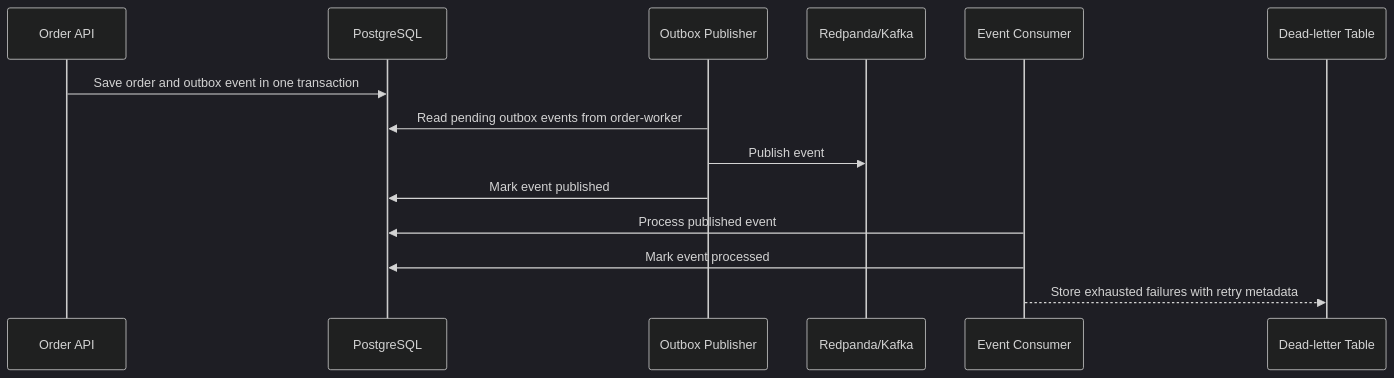
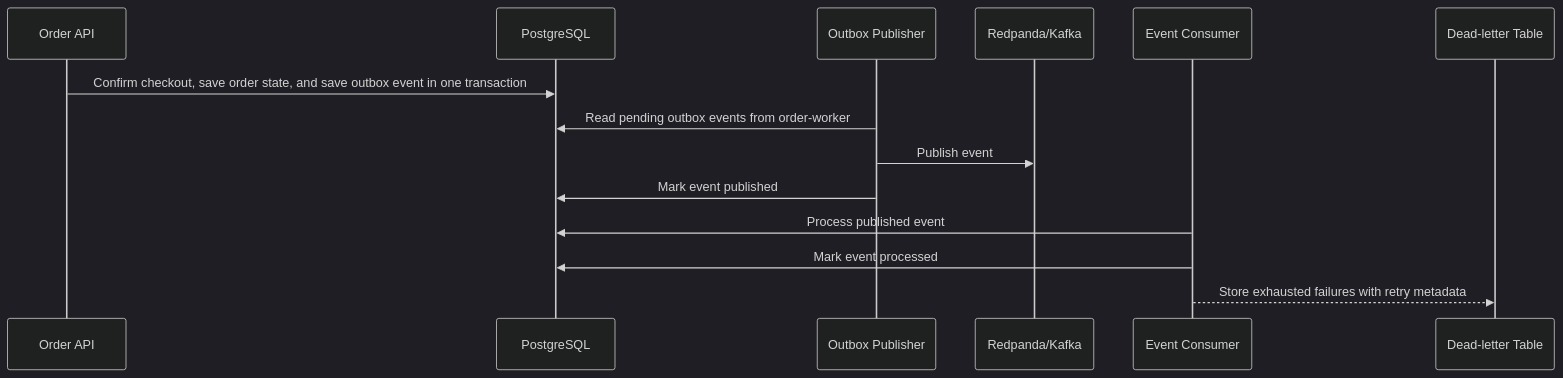
The third of 3 diagrams in docs/ARCHITECTURE.md (guanyu-gerry-tao/OrderFlow), drawn with Mermaid (dark theme) before and after one commit. The commit also changed other lines of this file and 32 other files, not shown here.

First line of the commit message:
Add checkout session payment attempt TTL flow

````diff
--- a/docs/ARCHITECTURE.md
+++ b/docs/ARCHITECTURE.md
@@ -44,17 +63,17 @@
 ```mermaid
 sequenceDiagram
     participant API as Order API
     participant DB as PostgreSQL
     participant Outbox as Outbox Publisher
     participant Kafka as Redpanda/Kafka
     participant Worker as Event Consumer
     participant DLQ as Dead-letter Table
 
-API->>DB: Save order and outbox event in one transaction
+API->>DB: Confirm checkout, save order state, and save outbox event in one transaction
 Outbox->>DB: Read pending outbox events from order-worker
 Outbox->>Kafka: Publish event
     Outbox->>DB: Mark event published
     Worker->>DB: Process published event
     Worker->>DB: Mark event processed
     Worker-->>DLQ: Store exhausted failures with retry metadata
 ```
````
